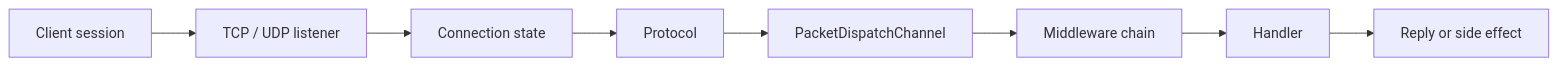
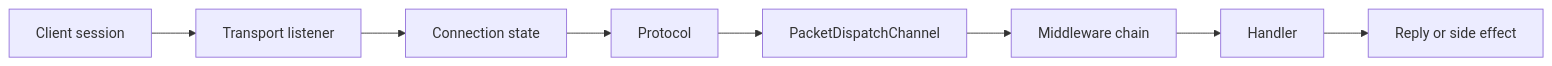
Before and after one commit to ppn-systems/nalix-docs: the first of 3 diagrams in src/content/docs/en-us/concepts/internals/real-time-engine.md, drawn with Mermaid. The commit also changed other lines of this file and 38 other files, not shown here.

First line of the commit message:
docs: redraw the datagram diagrams and fix invalid Mermaid

````diff
--- a/src/content/docs/en-us/concepts/internals/real-time-engine.md
+++ b/src/content/docs/en-us/concepts/internals/real-time-engine.md
@@ -11,10 +11,10 @@
 ```mermaid
 flowchart LR
-    A["Client session"] --> B["TCP / UDP listener"]
+    A["Client session"] --> B["Transport listener"]
     B --> C["Connection state"]
     C --> D["Protocol"]
     D --> E["PacketDispatchChannel"]
     E --> F["Middleware chain"]
     F --> G["Handler"]
     G --> H["Reply or side effect"]
 ```
````
